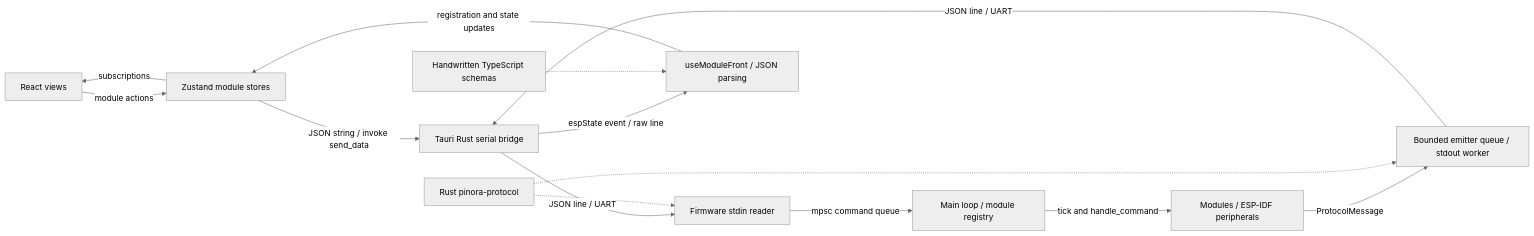
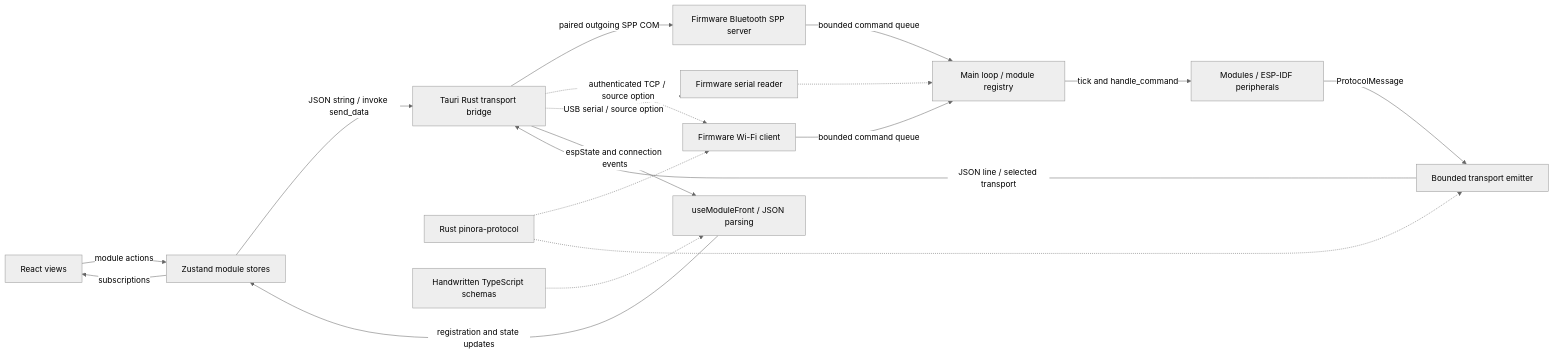
One commit to Adeun-Ilemobola/Pinora_Templat changed the diagram in README.md. Above: the diagram before and after it, drawn with Mermaid (neutral theme). The commit also changed other lines of this file and 43 other files, not shown here.

````diff
--- a/README.md
+++ b/README.md
@@ -51,16 +51,20 @@
 ```mermaid
 flowchart LR
     Views["React views"] -->|"module actions"| Stores["Zustand module stores"]
-    Stores -->|"JSON string / invoke send_data"| Backend["Tauri Rust serial bridge"]
-    Backend -->|"JSON line / UART"| Reader["Firmware stdin reader"]
-    Reader -->|"mpsc command queue"| Registry["Main loop / module registry"]
+    Stores -->|"JSON string / invoke send_data"| Backend["Tauri Rust transport bridge"]
+    Backend -->|"paired outgoing SPP COM"| Bluetooth["Firmware Bluetooth SPP server"]
+    Backend -.->|"authenticated TCP / source option"| Reader["Firmware Wi-Fi client"]
+    Backend -.->|"USB serial / source option"| Serial["Firmware serial reader"]
+    Bluetooth -->|"bounded command queue"| Registry["Main loop / module registry"]
+    Reader -->|"bounded command queue"| Registry
+    Serial -.-> Registry
     Registry -->|"tick and handle_command"| Hardware["Modules / ESP-IDF peripherals"]
-    Hardware -->|"ProtocolMessage"| Emit["Bounded emitter queue / stdout worker"]
-    Emit -->|"JSON line / UART"| Backend
-    Backend -->|"espState event / raw line"| Front["useModuleFront / JSON parsing"]
+    Hardware -->|"ProtocolMessage"| Emit["Bounded transport emitter"]
+    Emit -->|"JSON line / selected transport"| Backend
+    Backend -->|"espState and connection events"| Front["useModuleFront / JSON parsing"]
     Front -->|"registration and state updates"| Stores
     Stores -->|"subscriptions"| Views
     Protocol["Rust pinora-protocol"] -.-> Reader
     Protocol -.-> Emit
     TS["Handwritten TypeScript schemas"] -.-> Front
 ```
````
